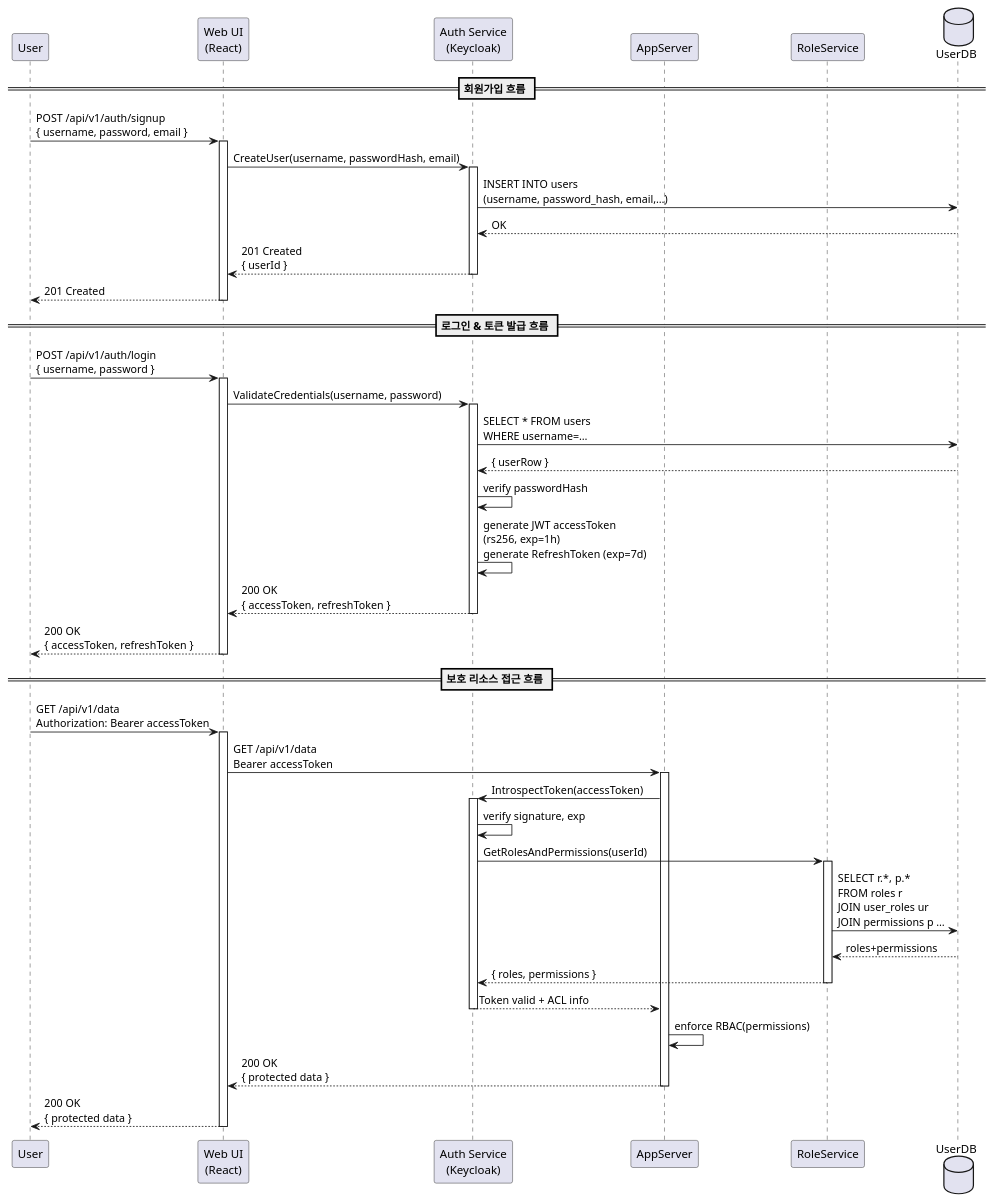
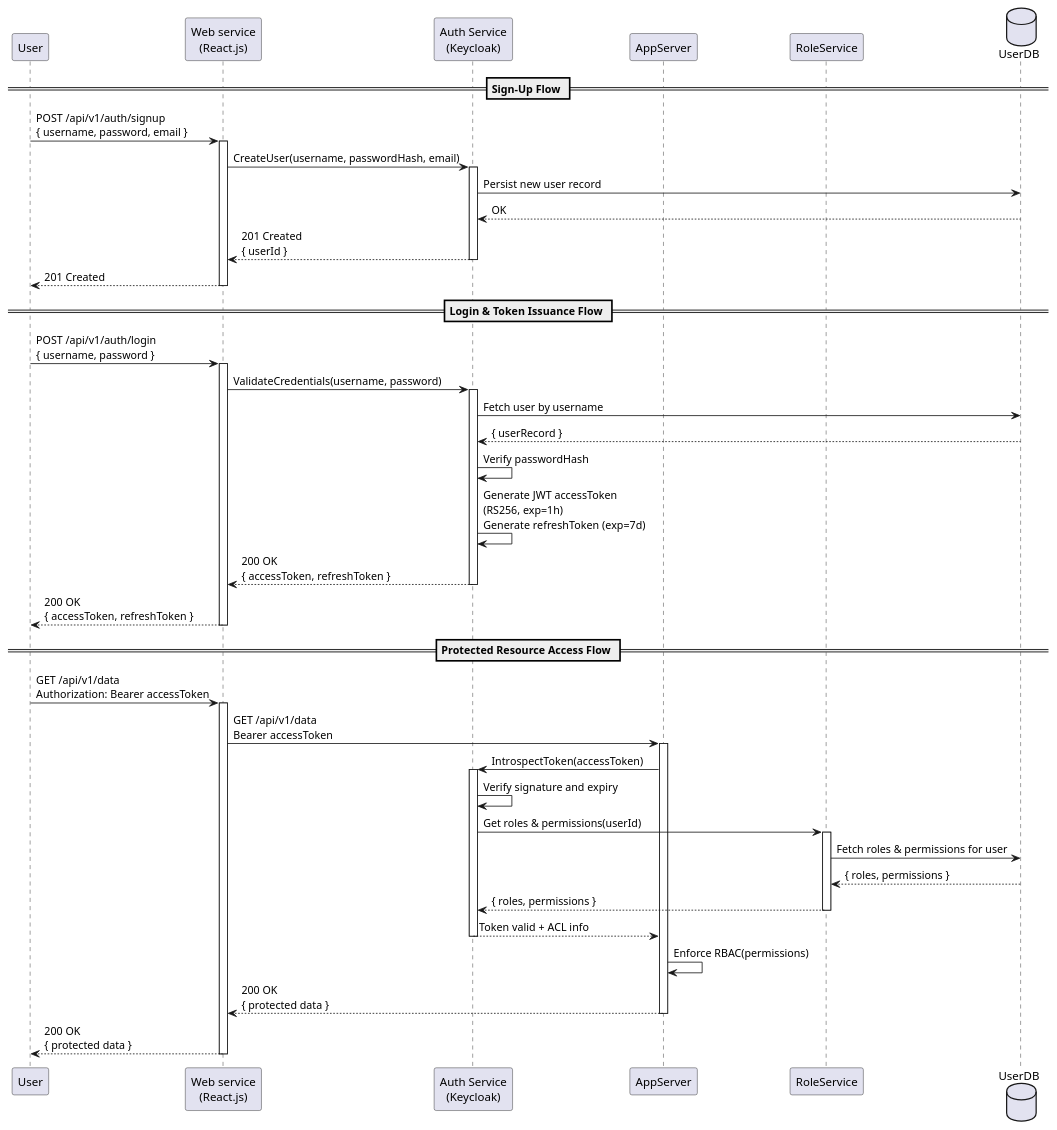
Before and after one commit to KnightChaser/opencctv-plantuml-storage: the diagram in 3.2.3_user_login_flow.plantuml, drawn with PlantUML.

Commit message:
Update 3.2.3_user_login_flow.plantuml
- Translate the contents into English
- Write some technical specifications more legibly. For example, I substituted a raw SQL query into a natural language sentence, "Fetch user information".

```diff
--- a/3.2.3_user_login_flow.plantuml
+++ b/3.2.3_user_login_flow.plantuml
@@ -1,58 +1,58 @@
 @startuml
-' 3.2.3_user_login_flow.plantuml
+' 3.2.3_user_login_flow_en.plantuml
 participant User
-participant "Web UI\n(React)" as WebUI
+participant "Web service\n(React.js)" as WebUI
 participant "Auth Service\n(Keycloak)" as AuthService
 participant AppServer
 participant RoleService
 database UserDB
 
-== 회원가입 흐름 ==
+== Sign-Up Flow ==
 User -> WebUI: POST /api/v1/auth/signup\n{ username, password, email }
 activate WebUI
 WebUI -> AuthService: CreateUser(username, passwordHash, email)
 activate AuthService
-AuthService -> UserDB: INSERT INTO users\n(username, password_hash, email,…)
+AuthService -> UserDB: Persist new user record
 UserDB --> AuthService: OK
 AuthService --> WebUI: 201 Created\n{ userId }
 deactivate AuthService
 WebUI --> User: 201 Created
 deactivate WebUI
 
-== 로그인 & 토큰 발급 흐름 ==
+== Login & Token Issuance Flow ==
 User -> WebUI: POST /api/v1/auth/login\n{ username, password }
 activate WebUI
 WebUI -> AuthService: ValidateCredentials(username, password)
 activate AuthService
-AuthService -> UserDB: SELECT * FROM users\nWHERE username=…
-UserDB --> AuthService: { userRow }
-AuthService -> AuthService: verify passwordHash
-AuthService -> AuthService: generate JWT accessToken\n(rs256, exp=1h)\ngenerate RefreshToken (exp=7d)
+AuthService -> UserDB: Fetch user by username
+UserDB --> AuthService: { userRecord }
+AuthService -> AuthService: Verify passwordHash
+AuthService -> AuthService: Generate JWT accessToken\n(RS256, exp=1h)\nGenerate refreshToken (exp=7d)
 AuthService --> WebUI: 200 OK\n{ accessToken, refreshToken }
 deactivate AuthService
 WebUI --> User: 200 OK\n{ accessToken, refreshToken }
 deactivate WebUI
 
-== 보호 리소스 접근 흐름 ==
+== Protected Resource Access Flow ==
 User -> WebUI: GET /api/v1/data\nAuthorization: Bearer accessToken
 activate WebUI
 WebUI -> AppServer: GET /api/v1/data\nBearer accessToken
 activate AppServer
 AppServer -> AuthService: IntrospectToken(accessToken)
 activate AuthService
-AuthService -> AuthService: verify signature, exp
-AuthService -> RoleService: GetRolesAndPermissions(userId)
+AuthService -> AuthService: Verify signature and expiry
+AuthService -> RoleService: Get roles & permissions(userId)
 activate RoleService
-RoleService -> UserDB: SELECT r.*, p.*\nFROM roles r\nJOIN user_roles ur\nJOIN permissions p …
-UserDB --> RoleService: roles+permissions
+RoleService -> UserDB: Fetch roles & permissions for user
+UserDB --> RoleService: { roles, permissions }
 RoleService --> AuthService: { roles, permissions }
 deactivate RoleService
 AuthService --> AppServer: Token valid + ACL info
 deactivate AuthService
-AppServer -> AppServer: enforce RBAC(permissions)
+AppServer -> AppServer: Enforce RBAC(permissions)
 AppServer --> WebUI: 200 OK\n{ protected data }
 deactivate AppServer
 WebUI --> User: 200 OK\n{ protected data }
 deactivate WebUI
 
 @enduml
```
